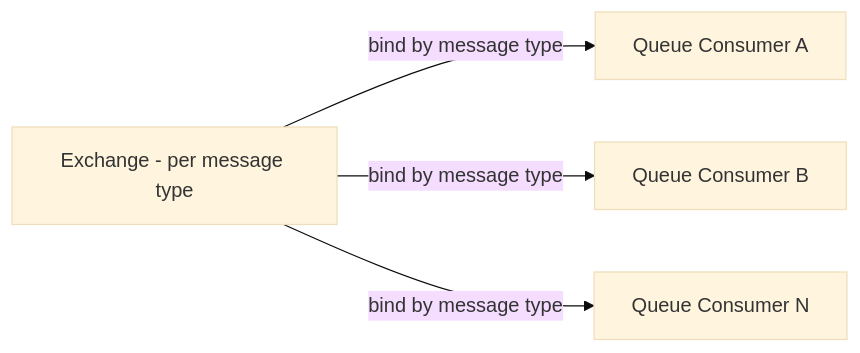
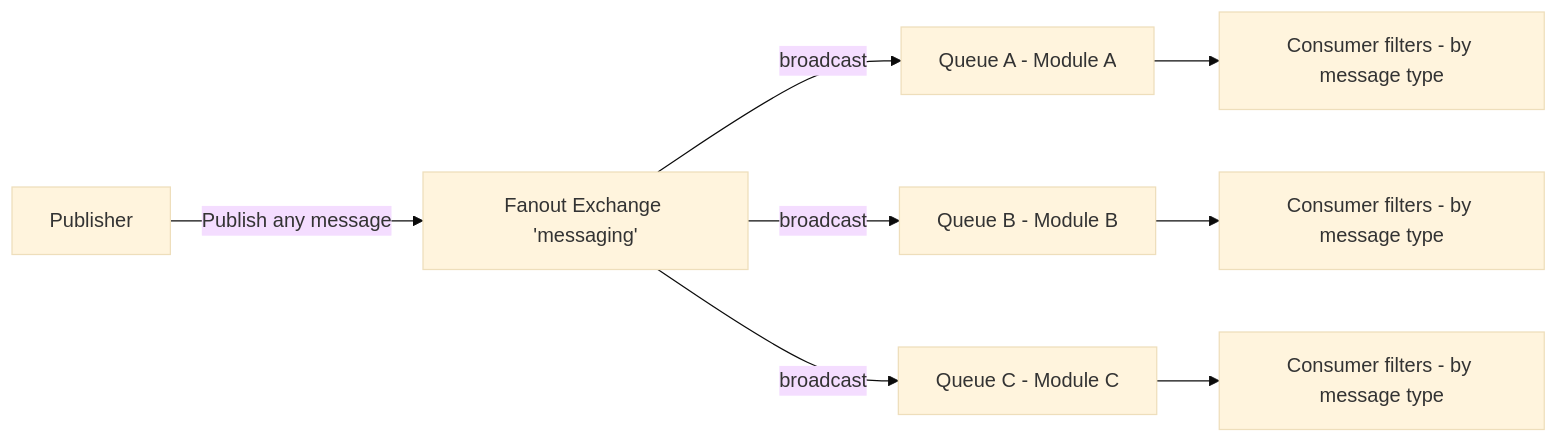
One commit to BridgingIT-GmbH/bITdevKit.Examples.GettingStarted changed the fourth of 6 diagrams in .bdk/docs/features-messaging.md. Above: the diagram before and after it, drawn with Mermaid (base theme). The commit also changed other lines of this file and 77 other files, not shown here.

````diff
--- a/.bdk/docs/features-messaging.md
+++ b/.bdk/docs/features-messaging.md
@@ -211,6 +290,10 @@
 ```mermaid
 flowchart LR
-  X[Exchange - per message type] -- bind by message type --> Q1[Queue Consumer A]
-  X -- bind by message type --> Q2[Queue Consumer B]
-  X -- bind by message type --> Qn[Queue Consumer N]
+  P[Publisher] -->|Publish any message| E[Fanout Exchange 'messaging']
+  E -->|broadcast| Q1[Queue A - Module A]
+  E -->|broadcast| Q2[Queue B - Module B]
+  E -->|broadcast| Q3[Queue C - Module C]
+  Q1 --> C1[Consumer filters - by message type]
+  Q2 --> C2[Consumer filters - by message type]
+  Q3 --> C3[Consumer filters - by message type]
 ```
````
